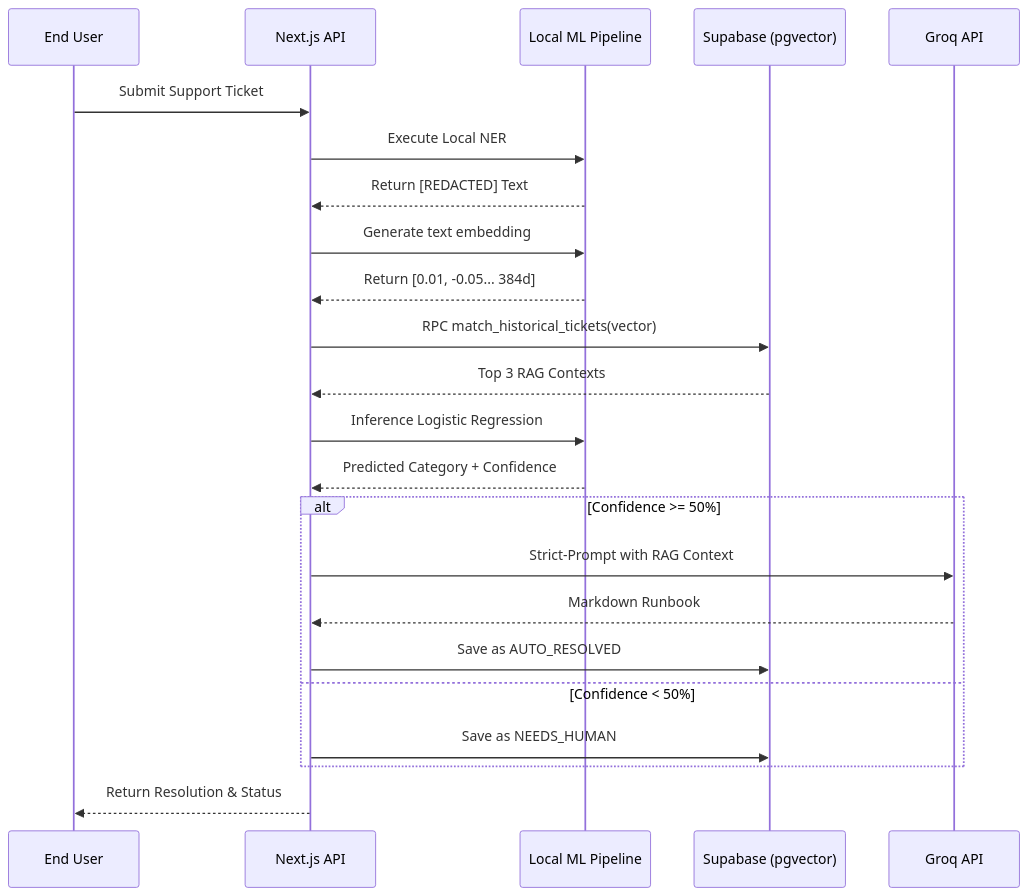
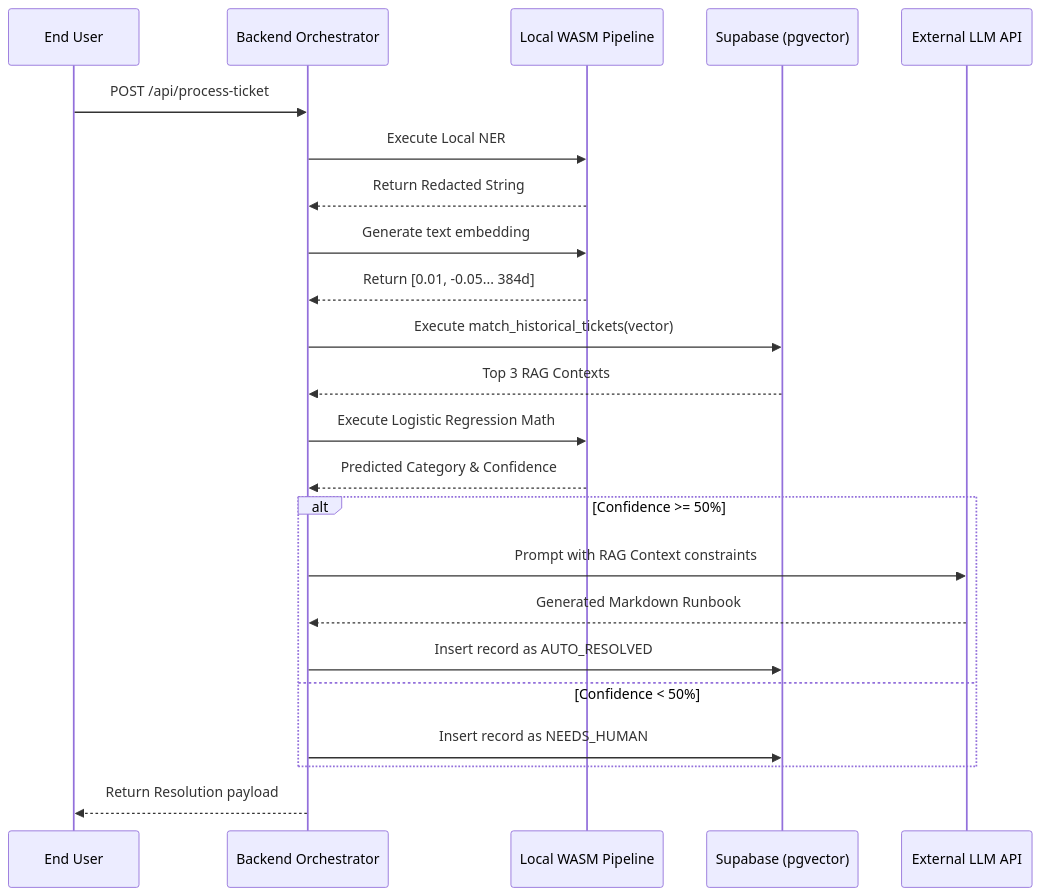
Before and after one commit to trishakapoor/NASSCOM-helpdesk: the third of 4 diagrams in PROJECT_DESCRIPTION.md, drawn with Mermaid. The commit also changed other lines of this file and 4 other files, not shown here.

````diff
--- a/PROJECT_DESCRIPTION.md
+++ b/PROJECT_DESCRIPTION.md
@@ -83,26 +88,26 @@
 ```mermaid
 sequenceDiagram
     participant U as End User
-    participant API as Next.js API
-    participant ML as Local ML Pipeline
+    participant API as Backend Orchestrator
+    participant ML as Local WASM Pipeline
     participant DB as Supabase (pgvector)
-    participant LLM as Groq API
+    participant LLM as External LLM API
     
-    U->>API: Submit Support Ticket
+    U->>API: POST /api/process-ticket
     API->>ML: Execute Local NER
-    ML-->>API: Return [REDACTED] Text
+    ML-->>API: Return Redacted String
     API->>ML: Generate text embedding
     ML-->>API: Return [0.01, -0.05... 384d]
-    API->>DB: RPC match_historical_tickets(vector)
+    API->>DB: Execute match_historical_tickets(vector)
     DB-->>API: Top 3 RAG Contexts
-    API->>ML: Inference Logistic Regression
-    ML-->>API: Predicted Category + Confidence
+    API->>ML: Execute Logistic Regression Math
+    ML-->>API: Predicted Category & Confidence
     alt Confidence >= 50%
-        API->>LLM: Strict-Prompt with RAG Context
-        LLM-->>API: Markdown Runbook
-        API->>DB: Save as AUTO_RESOLVED
+        API->>LLM: Prompt with RAG Context constraints
+        LLM-->>API: Generated Markdown Runbook
+        API->>DB: Insert record as AUTO_RESOLVED
     else Confidence < 50%
-        API->>DB: Save as NEEDS_HUMAN
+        API->>DB: Insert record as NEEDS_HUMAN
     end
-    API-->>U: Return Resolution & Status
+    API-->>U: Return Resolution payload
 ```
````
